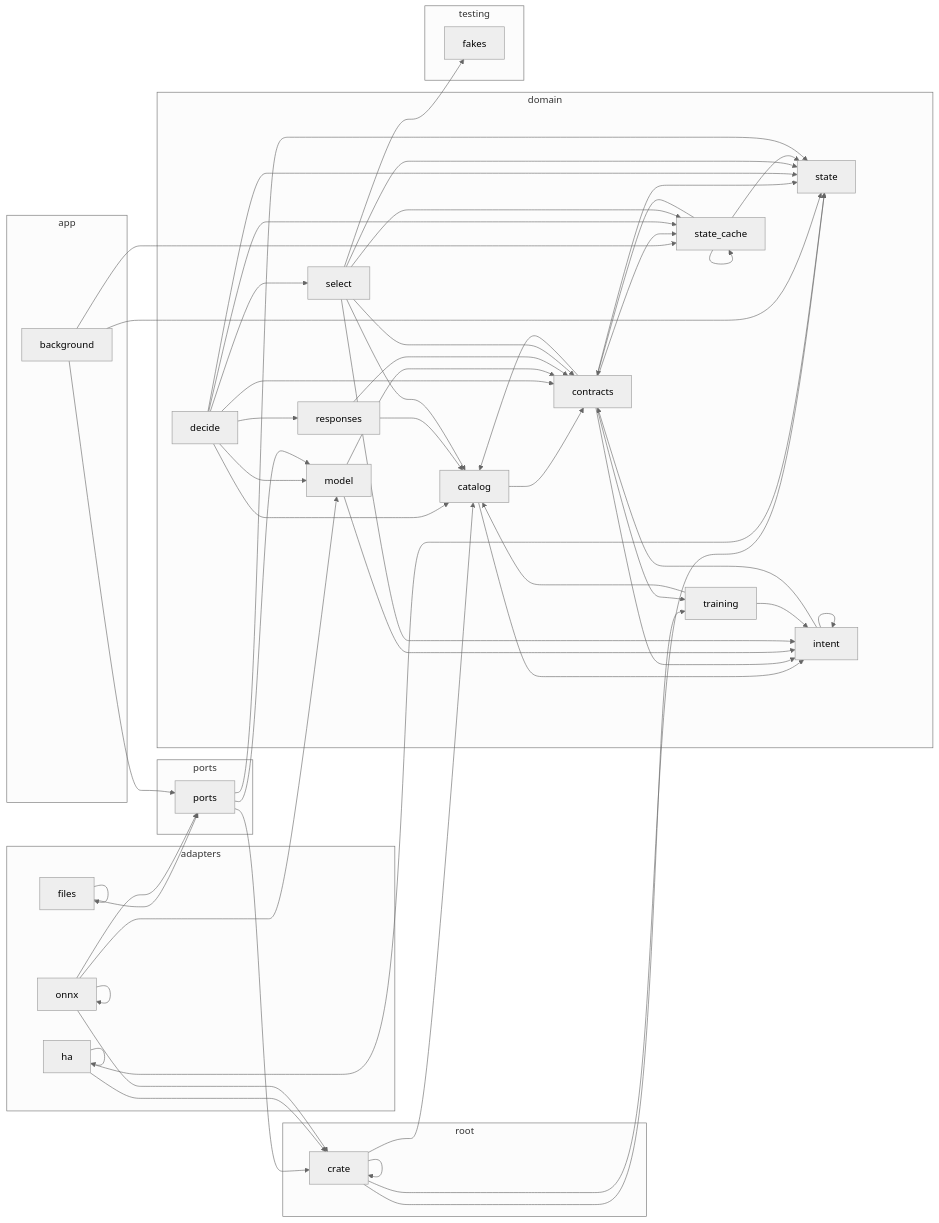
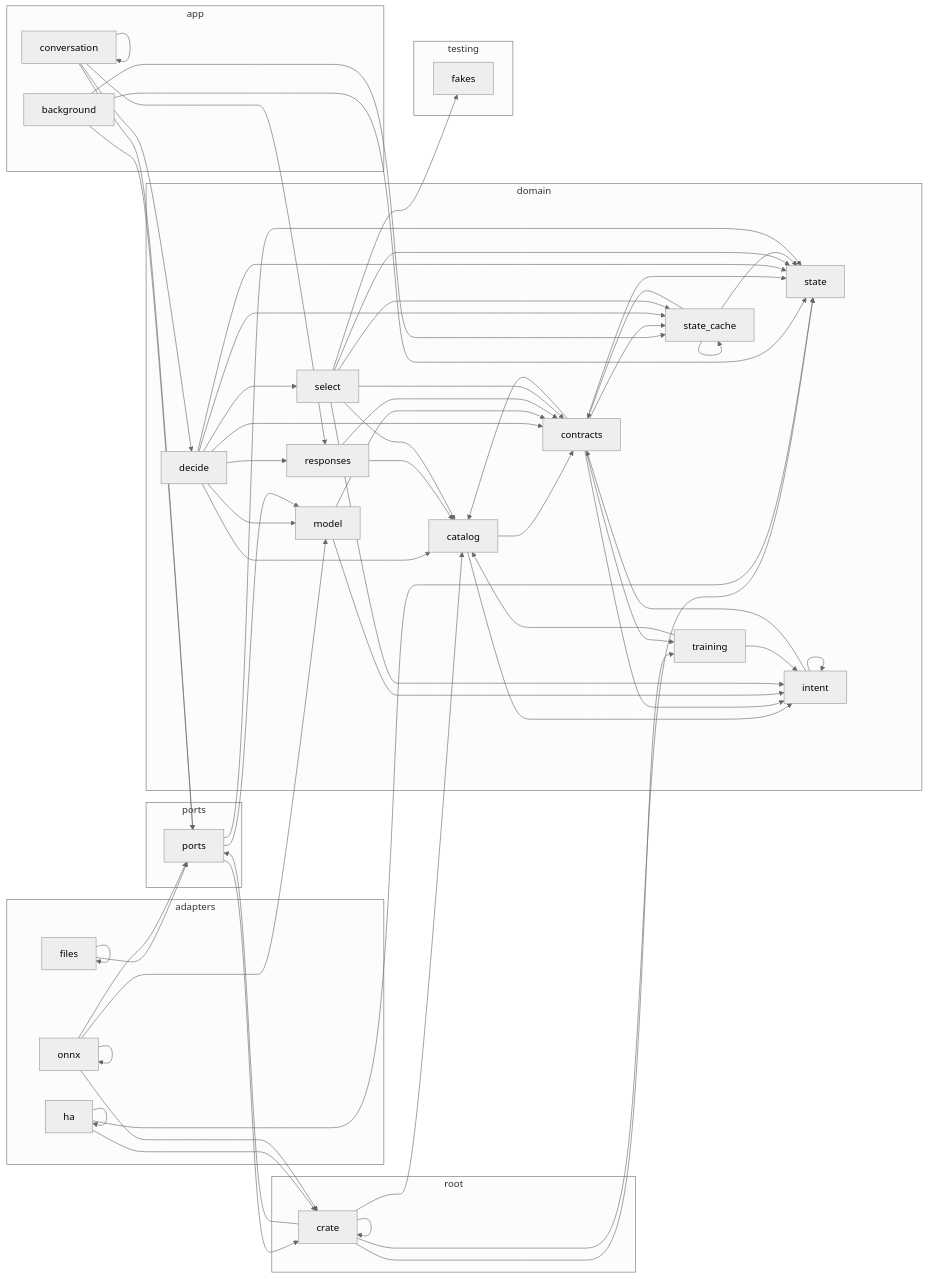
Before and after one commit to louislang/ha-jarvis: the diagram in docs/architecture.md, drawn with Mermaid (neutral theme). The commit also changed 5 other files, not shown here.

```diff
--- a/docs/architecture.md
+++ b/docs/architecture.md
@@ -11,6 +11,7 @@
     end
     subgraph app
         crate_app_background[background]
+        crate_app_conversation[conversation]
     end
     subgraph domain
         crate_domain_catalog[catalog]
@@ -37,6 +38,7 @@
     crate --> crate_domain_catalog
     crate --> crate_domain_state
     crate --> crate_domain_training
+    crate --> crate_ports
     crate_adapters_files --> crate_adapters_files
     crate_adapters_files --> crate_ports
     crate_adapters_ha --> crate
@@ -49,6 +51,10 @@
     crate_app_background --> crate_domain_state
     crate_app_background --> crate_domain_state_cache
     crate_app_background --> crate_ports
+    crate_app_conversation --> crate_app_conversation
+    crate_app_conversation --> crate_domain_decide
+    crate_app_conversation --> crate_domain_responses
+    crate_app_conversation --> crate_ports
     crate_domain_catalog --> crate_domain_contracts
     crate_domain_catalog --> crate_domain_intent
     crate_domain_contracts --> crate_domain_catalog
```
